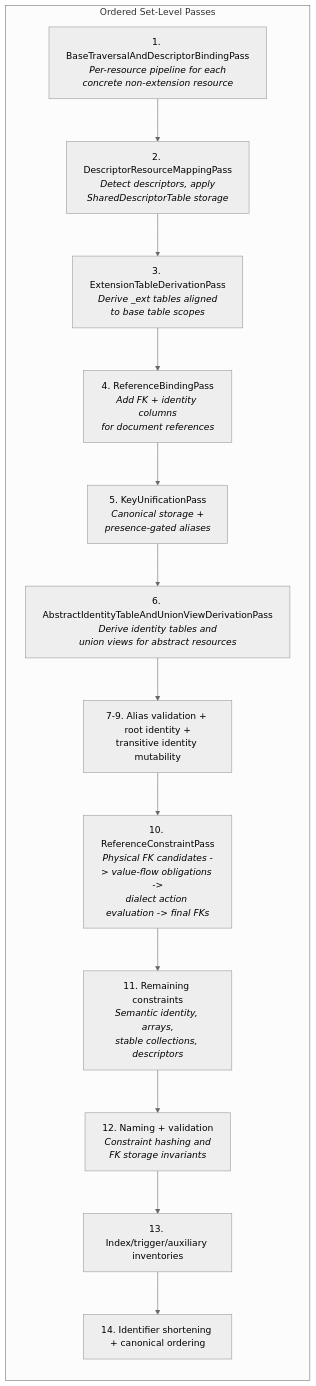
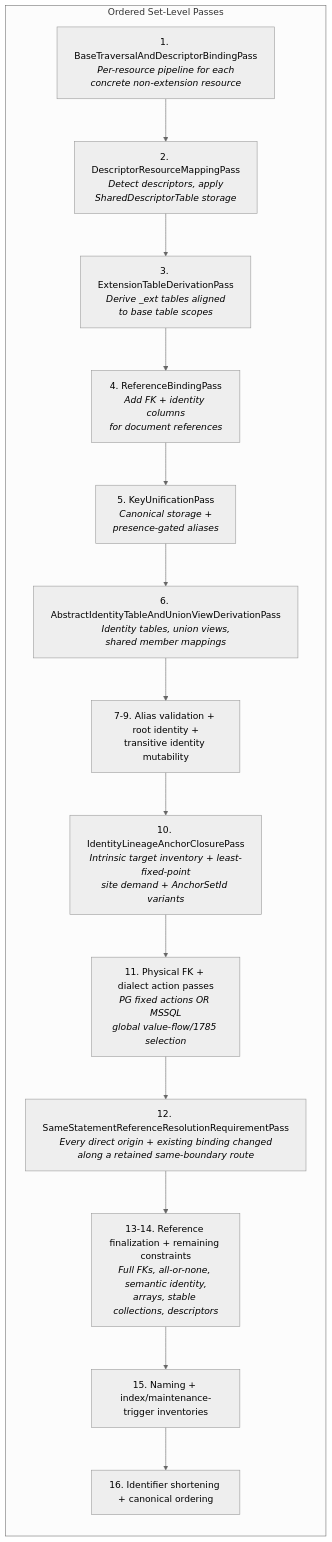
Before and after one commit to Ed-Fi-Alliance-OSS/Data-Management-Service: diagram 11 of 16 in reference/design/backend-redesign/presentations/relational-model-presentation.md, drawn with Mermaid (neutral theme). The commit also changed other lines of this file and 50 other files, not shown here.

````diff
--- a/reference/design/backend-redesign/presentations/relational-model-presentation.md
+++ b/reference/design/backend-redesign/presentations/relational-model-presentation.md
@@ -564,31 +645,33 @@
 ```mermaid
 flowchart TD
     subgraph Passes["Ordered Set-Level Passes"]
         direction TB
         P1["1. BaseTraversalAndDescriptorBindingPass<br/><i>Per-resource pipeline for each<br/>concrete non-extension resource</i>"]
 
         P2["2. DescriptorResourceMappingPass<br/><i>Detect descriptors, apply<br/>SharedDescriptorTable storage</i>"]
 
         P3["3. ExtensionTableDerivationPass<br/><i>Derive _ext tables aligned<br/>to base table scopes</i>"]
 
         P4["4. ReferenceBindingPass<br/><i>Add FK + identity columns<br/>for document references</i>"]
 
         P5["5. KeyUnificationPass<br/><i>Canonical storage +<br/>presence-gated aliases</i>"]
 
-        P6["6. AbstractIdentityTableAndUnionViewDerivationPass<br/><i>Derive identity tables and<br/>union views for abstract resources</i>"]
+        P6["6. AbstractIdentityTableAndUnionViewDerivationPass<br/><i>Identity tables, union views,<br/>shared member mappings</i>"]
 
         P7["7-9. Alias validation + root identity +<br/>transitive identity mutability"]
 
-        P8["10. ReferenceConstraintPass<br/><i>Physical FK candidates -> value-flow obligations -><br/>dialect action evaluation -> final FKs</i>"]
+        P8["10. IdentityLineageAnchorClosurePass<br/><i>Intrinsic target inventory + least-fixed-point<br/>site demand + AnchorSetId variants</i>"]
 
-        P9["11. Remaining constraints<br/><i>Semantic identity, arrays,<br/>stable collections, descriptors</i>"]
+        P9["11. Physical FK + dialect action passes<br/><i>PG fixed actions OR MSSQL<br/>global value-flow/1785 selection</i>"]
 
-        P10["12. Naming + validation<br/><i>Constraint hashing and<br/>FK storage invariants</i>"]
+        P10["12. SameStatementReferenceResolutionRequirementPass<br/><i>Every direct origin + existing binding changed<br/>along a retained same-boundary route</i>"]
 
-        P11["13. Index/trigger/auxiliary inventories"]
+        P11["13-14. Reference finalization + remaining constraints<br/><i>Full FKs, all-or-none, semantic identity,<br/>arrays, stable collections, descriptors</i>"]
 
-        P12["14. Identifier shortening + canonical ordering"]
+        P12["15. Naming + index/maintenance-trigger inventories"]
 
-        P1 --> P2 --> P3 --> P4 --> P5 --> P6 --> P7 --> P8 --> P9 --> P10 --> P11 --> P12
+        P13["16. Identifier shortening + canonical ordering"]
+
+        P1 --> P2 --> P3 --> P4 --> P5 --> P6 --> P7 --> P8 --> P9 --> P10 --> P11 --> P12 --> P13
     end
 ```
````
